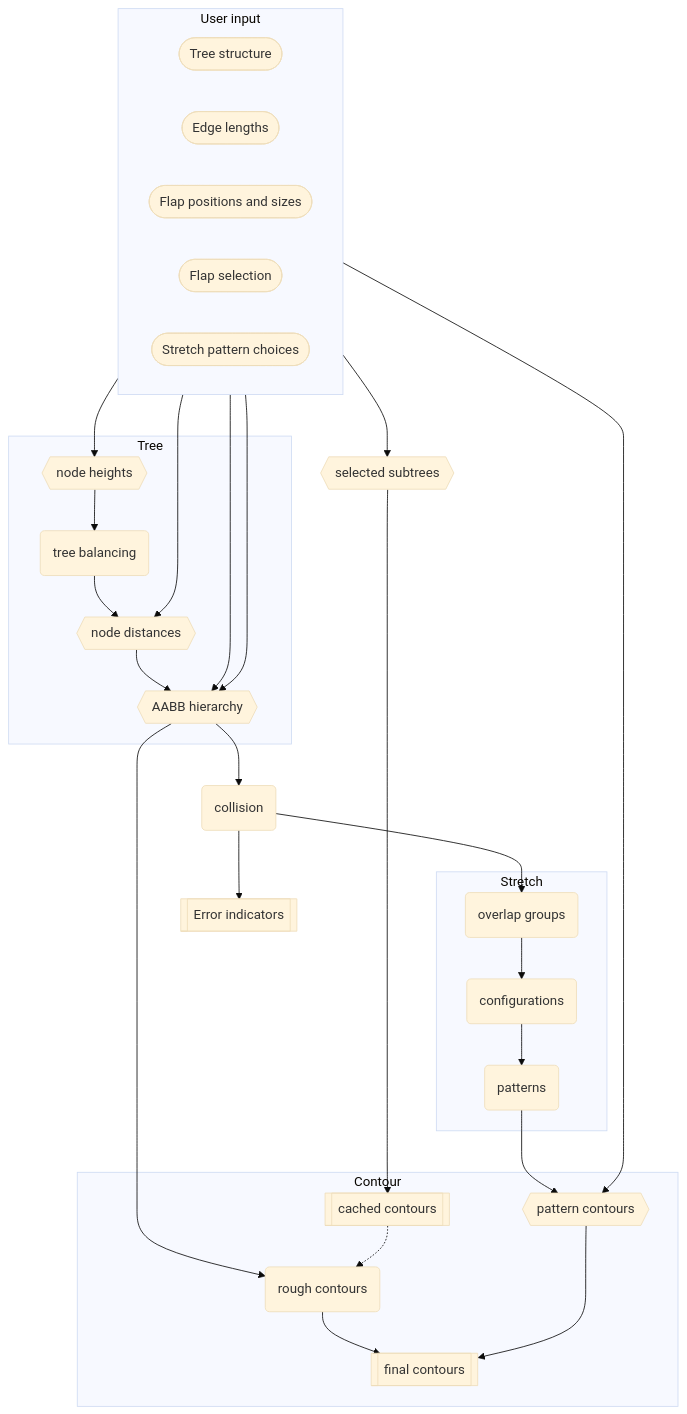
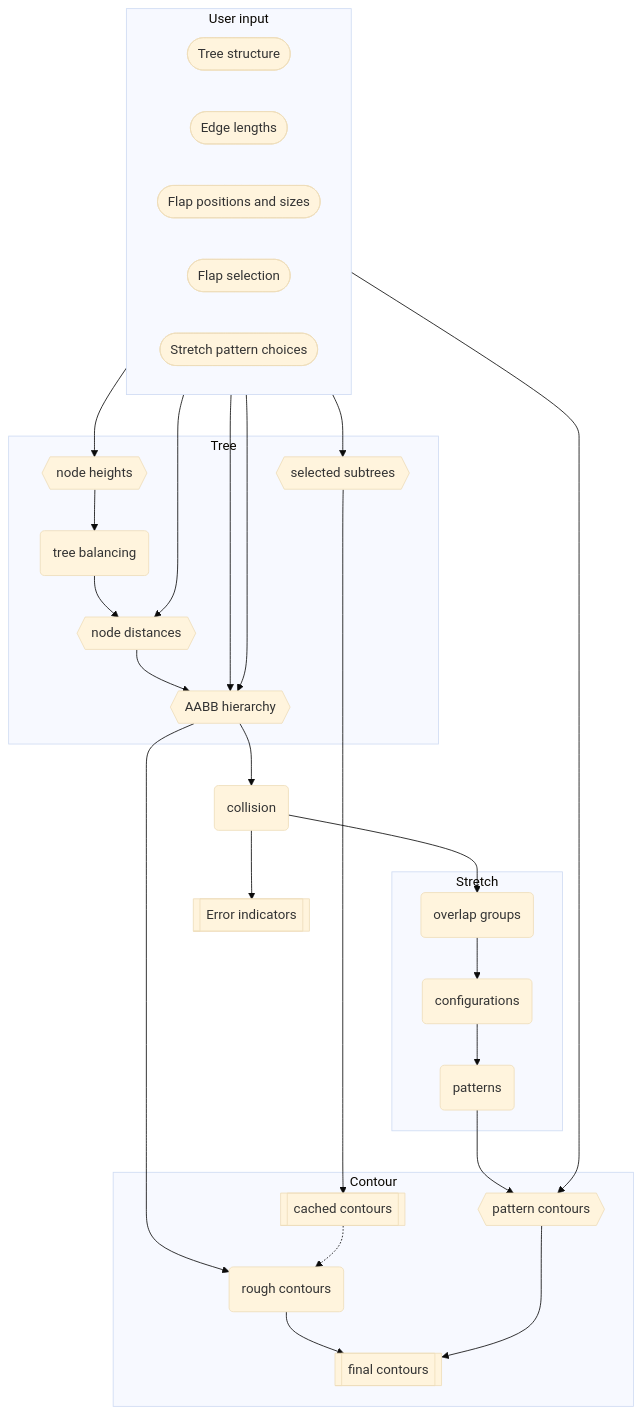
The diagram in src/core/README.md (bp-studio/box-pleating-studio), drawn with Mermaid (base theme) before and after one commit. The commit also changed 33 other files, not shown here.

````diff
--- a/src/core/README.md
+++ b/src/core/README.md
@@ -16,39 +16,39 @@
 ```mermaid
 flowchart TB
 subgraph User input
 	direction LR
 	T([Tree structure])
 	L([Edge lengths])
 	F([Flap positions and sizes])
 	S([Flap selection])
 	P([Stretch pattern choices])
 end
 subgraph Tree
 	h{{node heights}}
 	b(tree balancing)
 	d{{node distances}}
 	a{{AABB hierarchy}}
+	s{{selected subtrees}}
 end
-s{{selected subtrees}}
 k(collision)
+e[[Error indicators]]
 subgraph Stretch
 	g(overlap groups)
 	c(configurations)
 	p(patterns)
 end
-e[[Error indicators]]
 subgraph Contour
 	cc[[cached contours]]
 	rc(rough contours)
 	pc{{pattern contours}}
 	fc[[final contours]]
 end
 
 T --> h --> b
 b & L --> d --> a
 L & F --> a --> rc --> fc
 a --> k --> e & g
 g --> c --> p
 S --> s ---------> cc -.-> rc
 p & P --> pc --> fc
 ```
````
